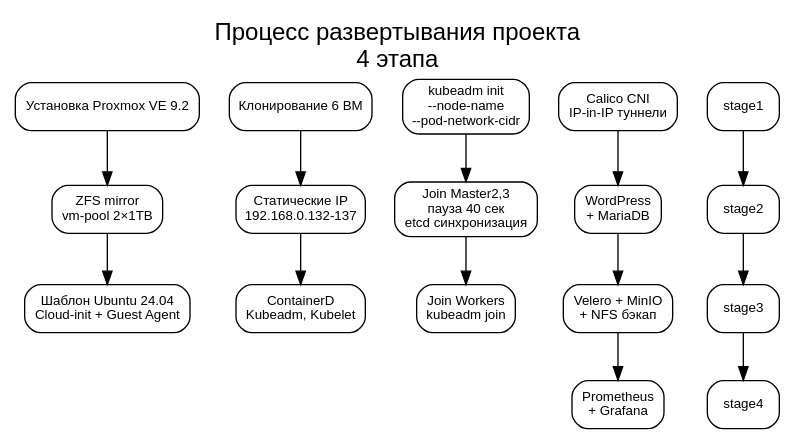
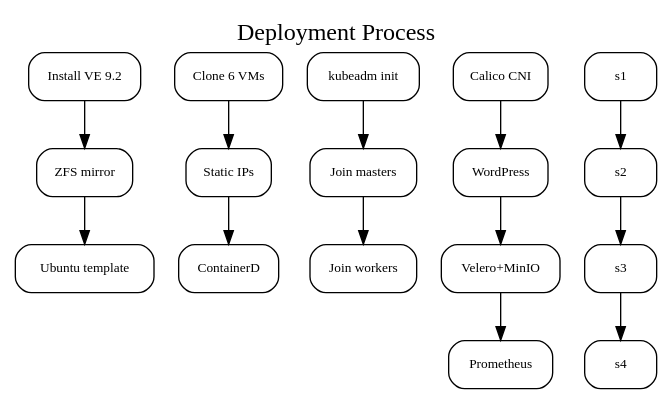
Before and after one commit to dedvmedved-dot/k8s-project: the diagram in screenshots/Deployment_Process.dot, drawn with Graphviz. The commit also changed 24 other files, not shown here.

First line of the commit message:
feat: complete diagram generation script with all 12 schemas

```diff
--- a/screenshots/Deployment_Process.dot
+++ b/screenshots/Deployment_Process.dot
@@ -1,47 +1,15 @@
 digraph Deployment_Process {
-    label="Процесс развертывания проекта\n4 этапа";
-    labelloc=t; fontsize=18; fontname="Arial";
+    label="Deployment Process"; labelloc=t; fontsize=18;
     rankdir=TB; splines=ortho;
-    nodesep=0.3; ranksep=0.5;
-    node [shape=box, style=rounded, fontname="Arial", fontsize=10];
-    edge [fontname="Arial", fontsize=9];
+    node [shape=box, style=rounded, fontsize=10];
     
-    subgraph stage1 {
-        label="Этап 1: Подготовка Proxmox";
-        style=filled; fillcolor="#FFE8E8";
-        s1a [label="Установка Proxmox VE 9.2"];
-        s1b [label="ZFS mirror\nvm-pool 2×1TB"];
-        s1c [label="Шаблон Ubuntu 24.04\nCloud-init + Guest Agent"];
-        s1a -> s1b -> s1c;
-    }
-    
-    subgraph stage2 {
-        label="Этап 2: Развертывание ВМ";
-        style=filled; fillcolor="#FFE8CC";
-        s2a [label="Клонирование 6 ВМ"];
-        s2b [label="Статические IP\n192.168.0.132-137"];
-        s2c [label="ContainerD\nKubeadm, Kubelet"];
-        s2a -> s2b -> s2c;
-    }
-    
-    subgraph stage3 {
-        label="Этап 3: Кластер K8s";
-        style=filled; fillcolor="#FFFFCC";
-        s3a [label="kubeadm init\n--node-name\n--pod-network-cidr"];
-        s3b [label="Join Master2,3\nпауза 40 сек\netcd синхронизация"];
-        s3c [label="Join Workers\nkubeadm join"];
-        s3a -> s3b -> s3c;
-    }
-    
-    subgraph stage4 {
-        label="Этап 4: Сервисы";
-        style=filled; fillcolor="#CCFFCC";
-        s4a [label="Calico CNI\nIP-in-IP туннели"];
-        s4b [label="WordPress\n+ MariaDB"];
-        s4c [label="Velero + MinIO\n+ NFS бэкап"];
-        s4d [label="Prometheus\n+ Grafana"];
-        s4a -> s4b -> s4c -> s4d;
-    }
-    
-    stage1 -> stage2 -> stage3 -> stage4;
+    subgraph s1 { label="Stage 1: Proxmox"; style=filled; fillcolor="#FFE8E8";
+        a[label="Install VE 9.2"]; b[label="ZFS mirror"]; c[label="Ubuntu template"]; a->b->c; }
+    subgraph s2 { label="Stage 2: VMs"; style=filled; fillcolor="#FFE8CC";
+        d[label="Clone 6 VMs"]; e[label="Static IPs"]; f[label="ContainerD"]; d->e->f; }
+    subgraph s3 { label="Stage 3: K8s"; style=filled; fillcolor="#FFFFCC";
+        g[label="kubeadm init"]; h[label="Join masters"]; i[label="Join workers"]; g->h->i; }
+    subgraph s4 { label="Stage 4: Services"; style=filled; fillcolor="#CCFFCC";
+        j[label="Calico CNI"]; k[label="WordPress"]; l[label="Velero+MinIO"]; m[label="Prometheus"]; j->k->l->m; }
+    s1->s2->s3->s4;
 }
```
